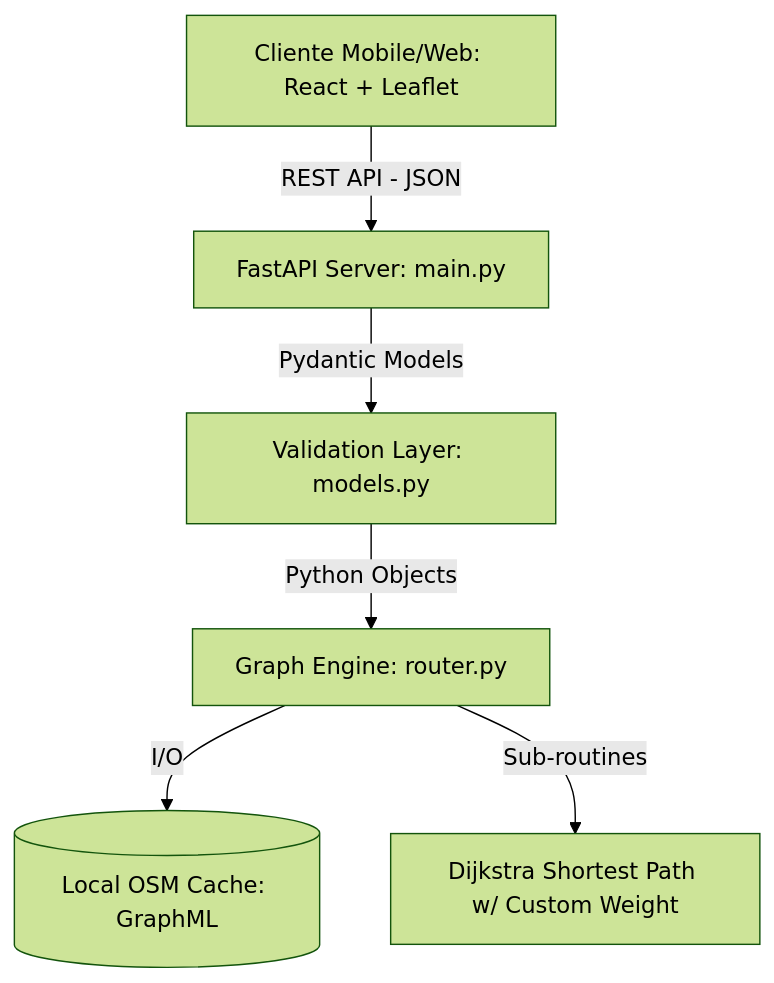
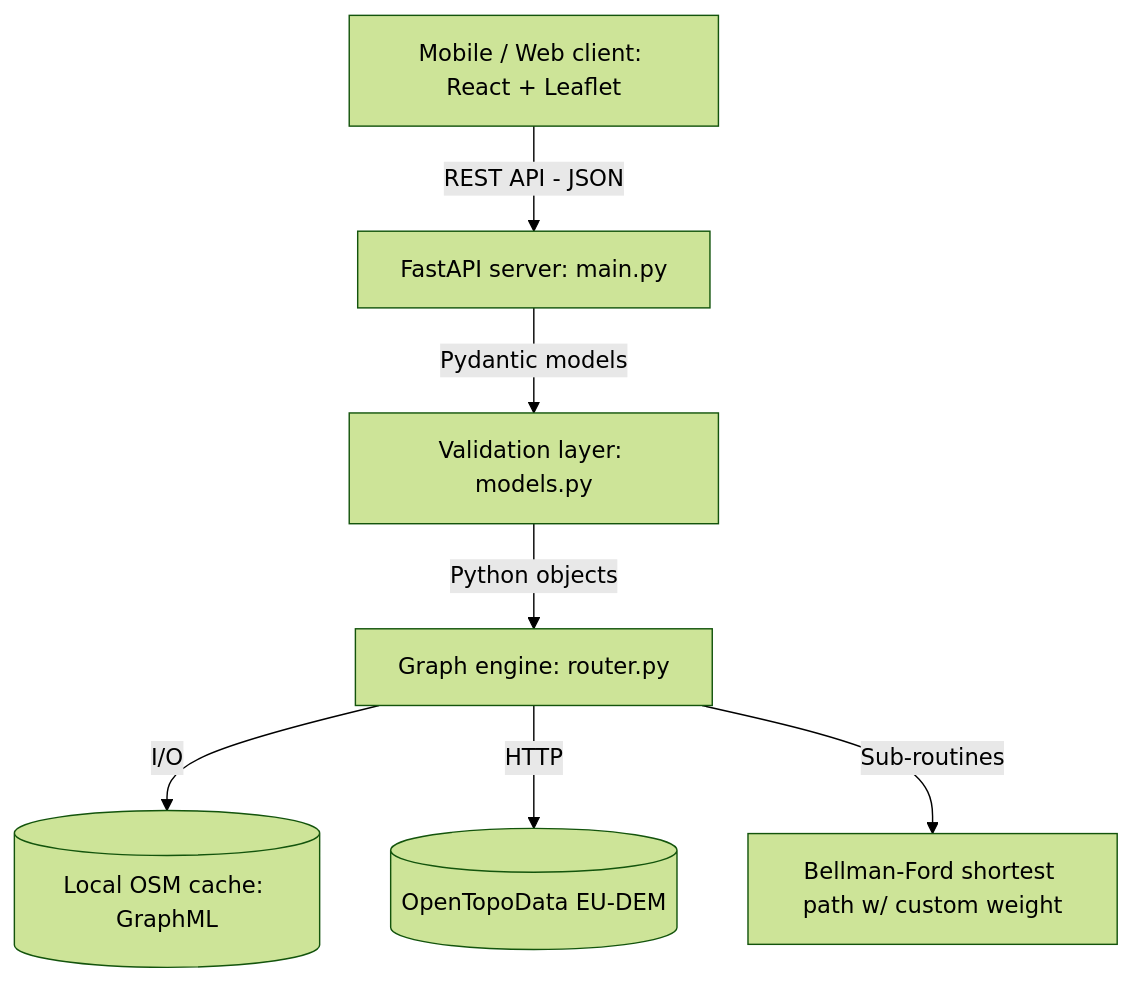
One commit to antoniosfnascimento/IPC changed the first of 3 diagrams in docs/documentacaoPlataforma/Especificacao_Desenvolvimento_App.md. Above: the diagram before and after it, drawn with Mermaid (forest theme). The commit also changed other lines of this file and 50 other files, not shown here.

````diff
--- a/docs/documentacaoPlataforma/Especificacao_Desenvolvimento_App.md
+++ b/docs/documentacaoPlataforma/Especificacao_Desenvolvimento_App.md
@@ -22,8 +23,9 @@
 ```mermaid
 graph TD
-    Client[Cliente Mobile/Web: React + Leaflet] -->|REST API - JSON| API[FastAPI Server: main.py]
-    API -->|Pydantic Models| Validator[Validation Layer: models.py]
-    Validator -->|Python Objects| Engine[Graph Engine: router.py]
-    Engine -->|I/O| Disk[(Local OSM Cache: GraphML)]
-    Engine -->|Sub-routines| Alg[Dijkstra Shortest Path w/ Custom Weight]
+    Client[Mobile / Web client: React + Leaflet] -->|REST API - JSON| API[FastAPI server: main.py]
+    API -->|Pydantic models| Validator[Validation layer: models.py]
+    Validator -->|Python objects| Engine[Graph engine: router.py]
+    Engine -->|I/O| Disk[(Local OSM cache: GraphML)]
+    Engine -->|HTTP| Elev[(OpenTopoData EU-DEM)]
+    Engine -->|Sub-routines| Alg[Bellman-Ford shortest path w/ custom weight]
 ```
````
